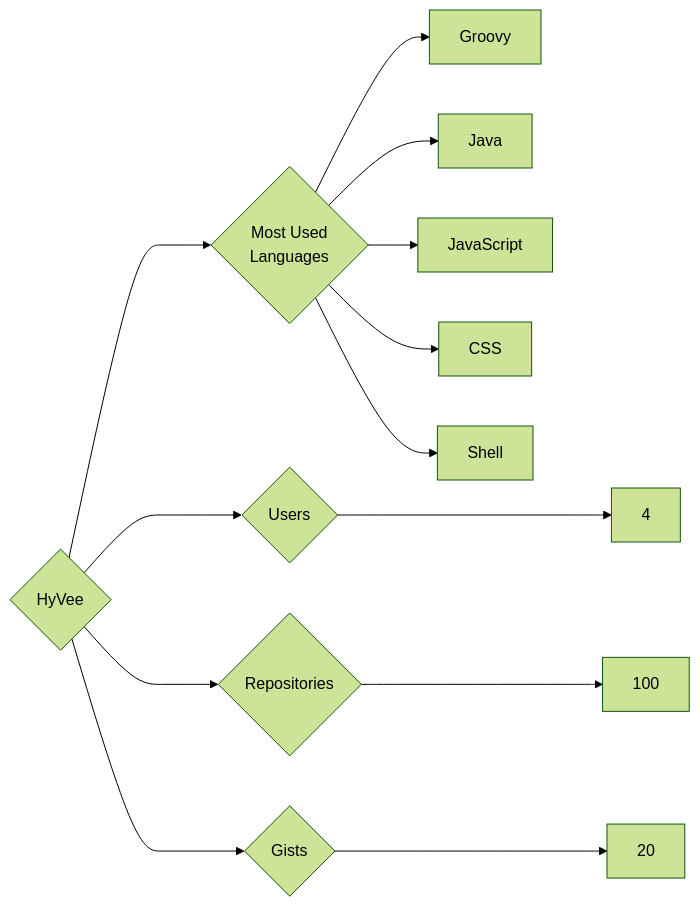
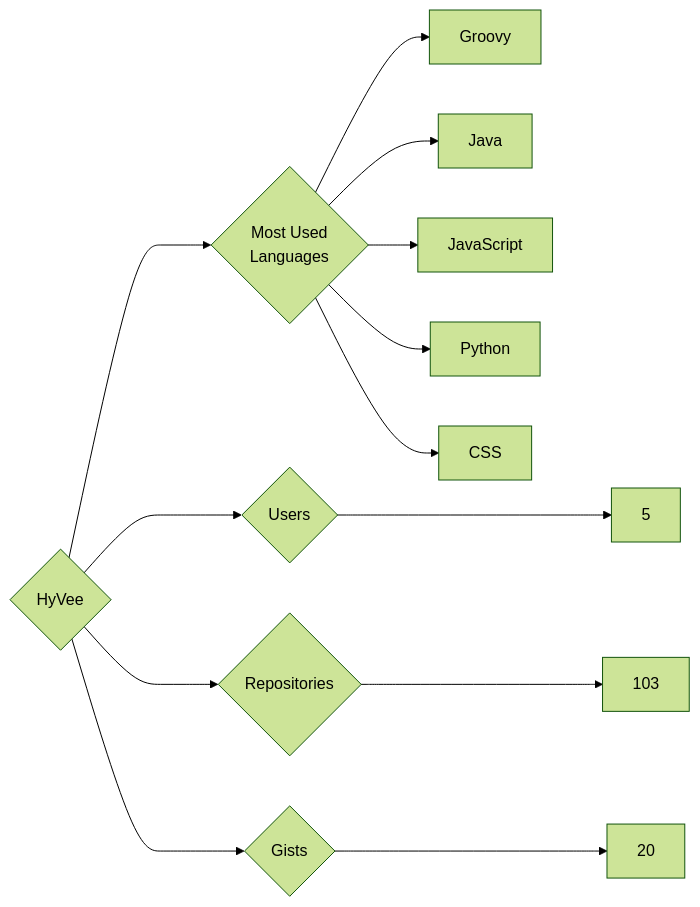
The diagram in targets/HyVee/README.md (trickest/insiders), drawn with Mermaid (forest theme) before and after one commit. The commit also changed 1055 other files, not shown here.

````diff
--- a/targets/HyVee/README.md
+++ b/targets/HyVee/README.md
@@ -3,13 +3,13 @@
 ```mermaid
 graph LR
 COMPANY_NAME{HyVee}
-COMPANY_NAME ---> U{Users} ---> UN[4]
-COMPANY_NAME ---> R{Repositories} ---> RN[100]
+COMPANY_NAME ---> U{Users} ---> UN[5]
+COMPANY_NAME ---> R{Repositories} ---> RN[103]
 COMPANY_NAME ---> G{Gists} ---> GN[20]
 COMPANY_NAME ---> ML{Most Used<br>Languages}
 ML --> Groovy[Groovy]
 ML --> Java[Java]
 ML --> JavaScript[JavaScript]
+ML --> Python[Python]
 ML --> CSS[CSS]
-ML --> Shell[Shell]
 ```
````
